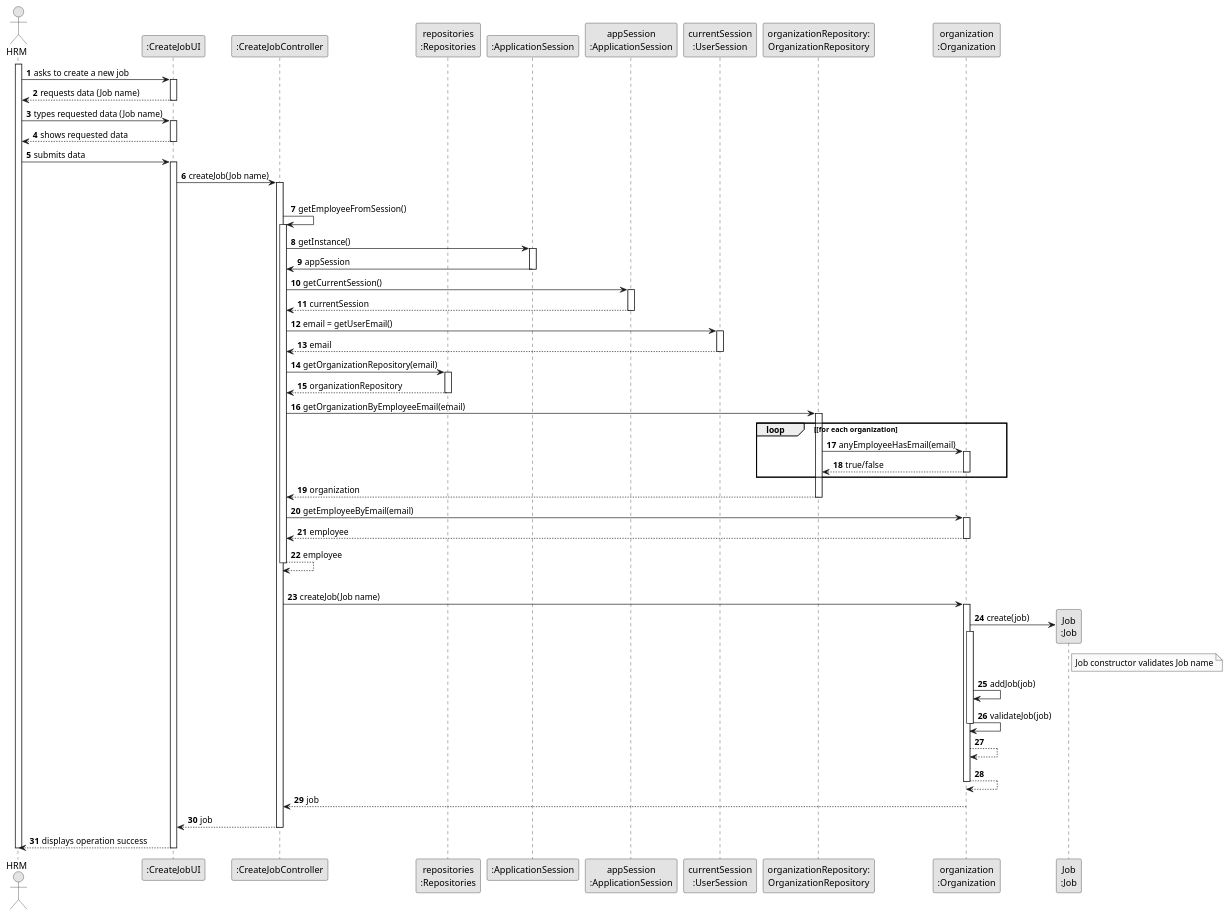
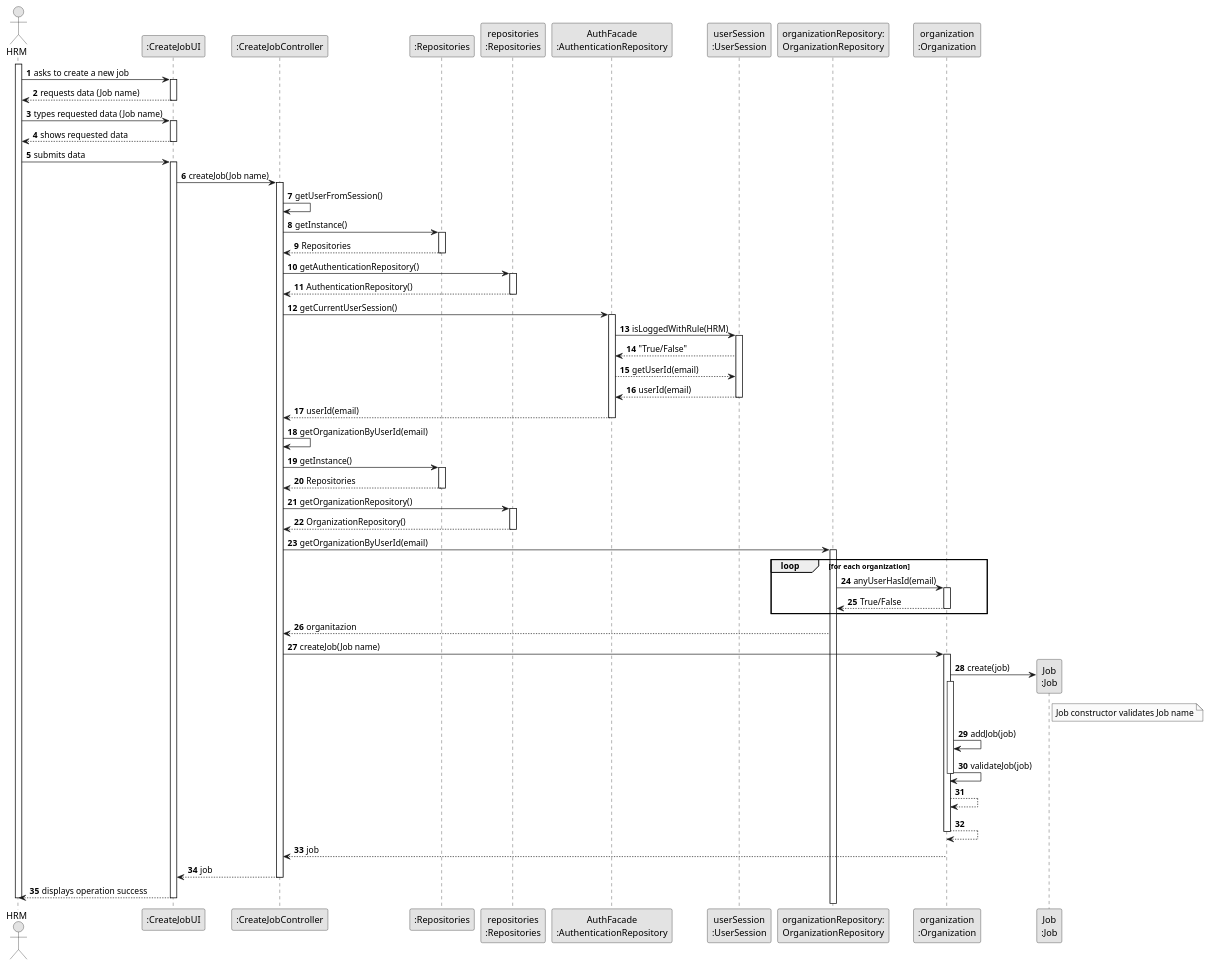
One commit to Mendoncaa/LAPR2 changed the diagram in docs/sprintB/us002/03.design/puml/us002-sequence-diagram-full.puml. Above: the diagram before and after it, drawn with PlantUML. The commit also changed 37 other files, not shown here.

```diff
--- a/docs/sprintB/us002/03.design/puml/us002-sequence-diagram-full.puml
+++ b/docs/sprintB/us002/03.design/puml/us002-sequence-diagram-full.puml
@@ -1,127 +1,137 @@
 @startuml
 skinparam monochrome true
 skinparam packageStyle rectangle
 skinparam shadowing false
 
 autonumber
 
 'hide footbox
 actor "HRM" as ADM
 participant ":CreateJobUI" as UI
 participant ":CreateJobController" as CTRL
+participant ":Repositories" as RepositorySingleton
 participant "repositories\n:Repositories" as PLAT
-participant ":ApplicationSession" as _APP
-participant "appSession\n:ApplicationSession" as APP
-participant "currentSession\n:UserSession" as SESSAO
+participant "AuthFacade\n:AuthenticationRepository" as AUTHREP
+participant "userSession\n:UserSession" as USER
 participant "organizationRepository:\nOrganizationRepository" as OrganizationRepository
 participant "organization\n:Organization" as ORG
 participant "Job\n:Job" as JOB
 
 activate ADM
 
         ADM -> UI : asks to create a new job
-
         activate UI
-
-
 
         UI --> ADM : requests data (Job name)
     deactivate UI
 
     ADM -> UI : types requested data (Job name)
     activate UI
 
         UI --> ADM : shows requested data
     deactivate UI
 
     ADM -> UI : submits data
     activate UI
 
         UI -> CTRL : createJob(Job name)
         activate CTRL
 
+        CTRL -> CTRL : getUserFromSession()
 
-            |||
-            CTRL -> CTRL : getEmployeeFromSession()
-            activate CTRL
+        CTRL -> RepositorySingleton : getInstance()
+        activate RepositorySingleton
+        CTRL <-- RepositorySingleton : Repositories
+        deactivate RepositorySingleton
 
-                CTRL -> _APP: getInstance()
-                activate _APP
-                    _APP -> CTRL: appSession
-                deactivate _APP
+        CTRL -> PLAT : getAuthenticationRepository()
+
+        activate PLAT
+        CTRL <-- PLAT : AuthenticationRepository()
+        deactivate PLAT
 
 
-                CTRL -> APP: getCurrentSession()
-                activate APP
 
-                    APP --> CTRL: currentSession
-                deactivate APP
+        CTRL -> AUTHREP : getCurrentUserSession()
 
-                CTRL -> SESSAO: email = getUserEmail()
-                activate SESSAO
-
-                    SESSAO --> CTRL: email
-                deactivate SESSAO
+        activate AUTHREP
 
 
-                CTRL -> PLAT: getOrganizationRepository(email)
-                activate PLAT
-
-                    PLAT --> CTRL: organizationRepository
-                deactivate PLAT
 
 
-                CTRL -> OrganizationRepository: getOrganizationByEmployeeEmail(email)
-                activate OrganizationRepository
+        AUTHREP -> USER : isLoggedWithRule(HRM)
 
-                    loop [for each organization
-                        OrganizationRepository -> ORG : anyEmployeeHasEmail(email)
-                        activate ORG
+        activate USER
 
-                             ORG --> OrganizationRepository : true/false
-                        deactivate ORG
-                    end
-                    OrganizationRepository --> CTRL : organization
-                deactivate OrganizationRepository
+        AUTHREP <-- USER : "True/False"
+        AUTHREP --> USER : getUserId(email)
+        AUTHREP <-- USER : userId(email)
+        deactivate USER
 
-                CTRL -> ORG: getEmployeeByEmail(email)
-                activate ORG
+        CTRL <-- AUTHREP : userId(email)
+        deactivate AUTHREP
 
-                    ORG --> CTRL : employee
-                deactivate ORG
+        CTRL -> CTRL : getOrganizationByUserId(email)
 
-                CTRL --> CTRL : employee
-            deactivate CTRL
 
-            |||
+        CTRL -> RepositorySingleton : getInstance()
+        activate RepositorySingleton
+        CTRL <-- RepositorySingleton : Repositories
+        deactivate RepositorySingleton
+
+
+
+        CTRL -> PLAT : getOrganizationRepository()
+        activate PLAT
+        CTRL <-- PLAT : OrganizationRepository()
+        deactivate PLAT
+
+
+        CTRL -> OrganizationRepository :getOrganizationByUserId(email)
+        activate OrganizationRepository
+            loop for each organization
+            OrganizationRepository -> ORG : anyUserHasId(email)
+            activate ORG
+            OrganizationRepository <-- ORG : True/False
+            deactivate ORG
+            end loop
+
+        CTRL <-- OrganizationRepository : organitazion
+
+
+
+
+
+
+
             CTRL -> ORG: createJob(Job name)
             activate ORG
 
                 ORG -> JOB**: create(job)
                 note right of JOB
                   Job constructor validates Job name
                 endnote
 
 
                 activate ORG
                     ORG -> ORG: addJob(job)
                     ORG -> ORG: validateJob(job)
 
                     deactivate ORG
 
                     ORG --> ORG
                     ORG --> ORG
                 deactivate ORG
 
                 ORG --> CTRL : job
 
             deactivate ORG
 
             CTRL --> UI: job
             deactivate CTRL
             UI --> ADM: displays operation success
     deactivate UI
 
 deactivate ADM
 
 @enduml
```
